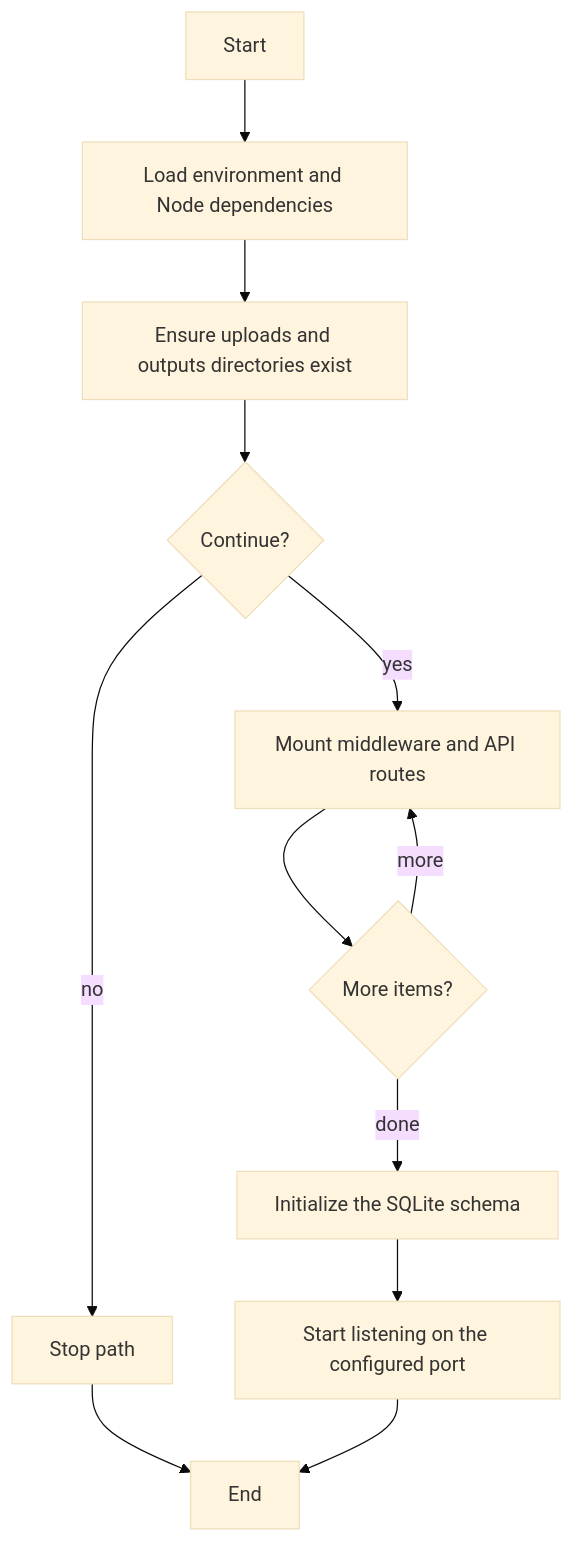
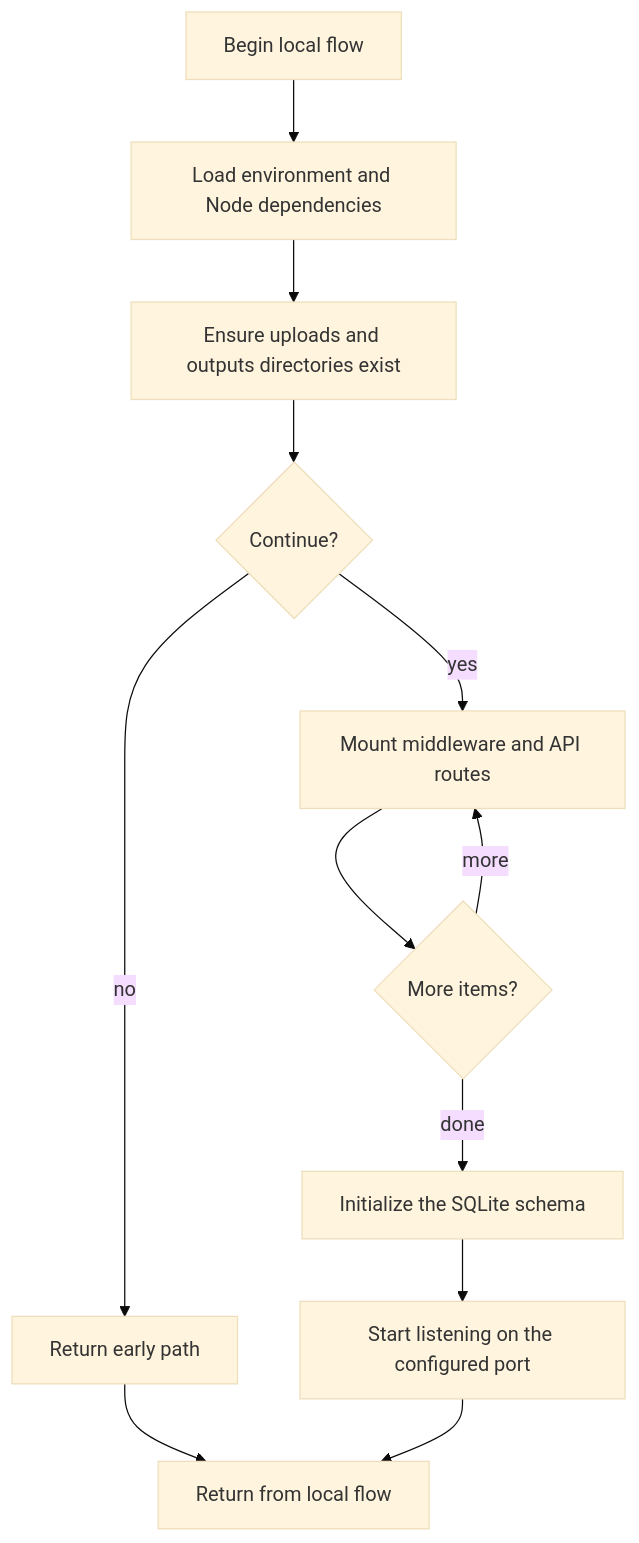
The diagram in docs/Codebase/Backend/server.js.md (JohnAndrewBalbarosa/NeoTerritory), drawn with Mermaid (base theme) before and after one commit. The commit also changed other lines of this file and 915 other files, not shown here.

````diff
--- a/docs/Codebase/Backend/server.js.md
+++ b/docs/Codebase/Backend/server.js.md
@@ -22,24 +21,24 @@
 ```mermaid
 flowchart TD
-    Start["Start"]
+    Start["Begin local flow"]
     N0["Load environment and Node dependencies"]
     N1["Ensure uploads and outputs directories exist"]
     D1{"Continue?"}
-    R1["Stop path"]
+    R1["Return early path"]
     N2["Mount middleware and API routes"]
     L2{"More items?"}
     N3["Initialize the SQLite schema"]
     N4["Start listening on the configured port"]
-    End["End"]
+    End["Return from local flow"]
     Start --> N0
     N0 --> N1
     N1 --> D1
     D1 -->|yes| N2
     D1 -->|no| R1
     R1 --> End
     N2 --> L2
     L2 -->|more| N2
     L2 -->|done| N3
     N3 --> N4
     N4 --> End
 ```
````
